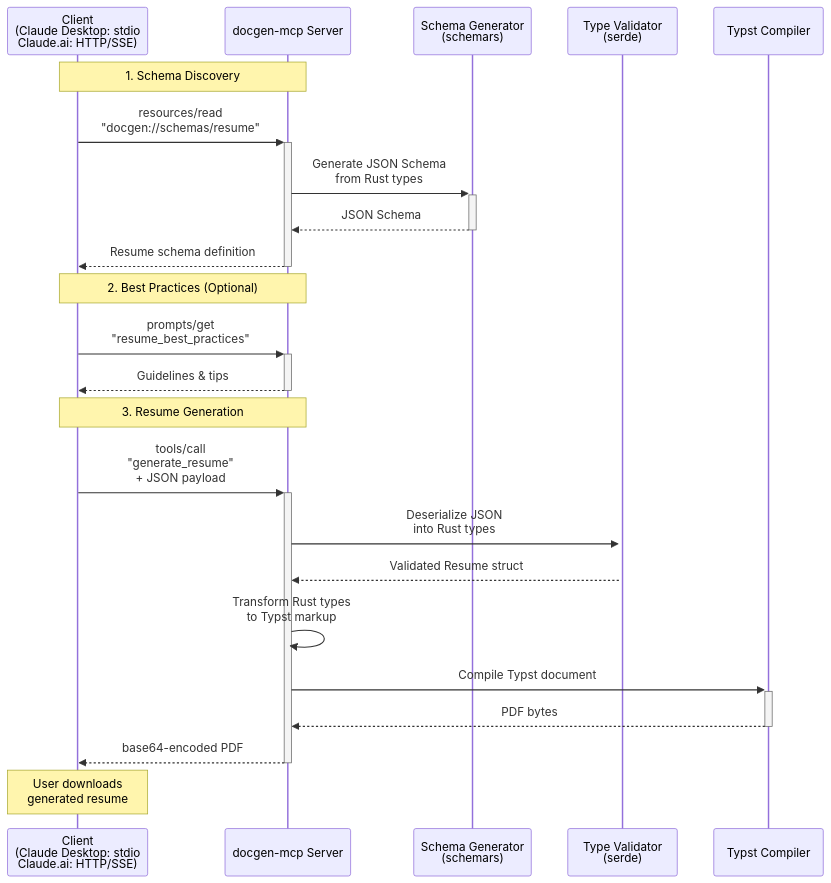
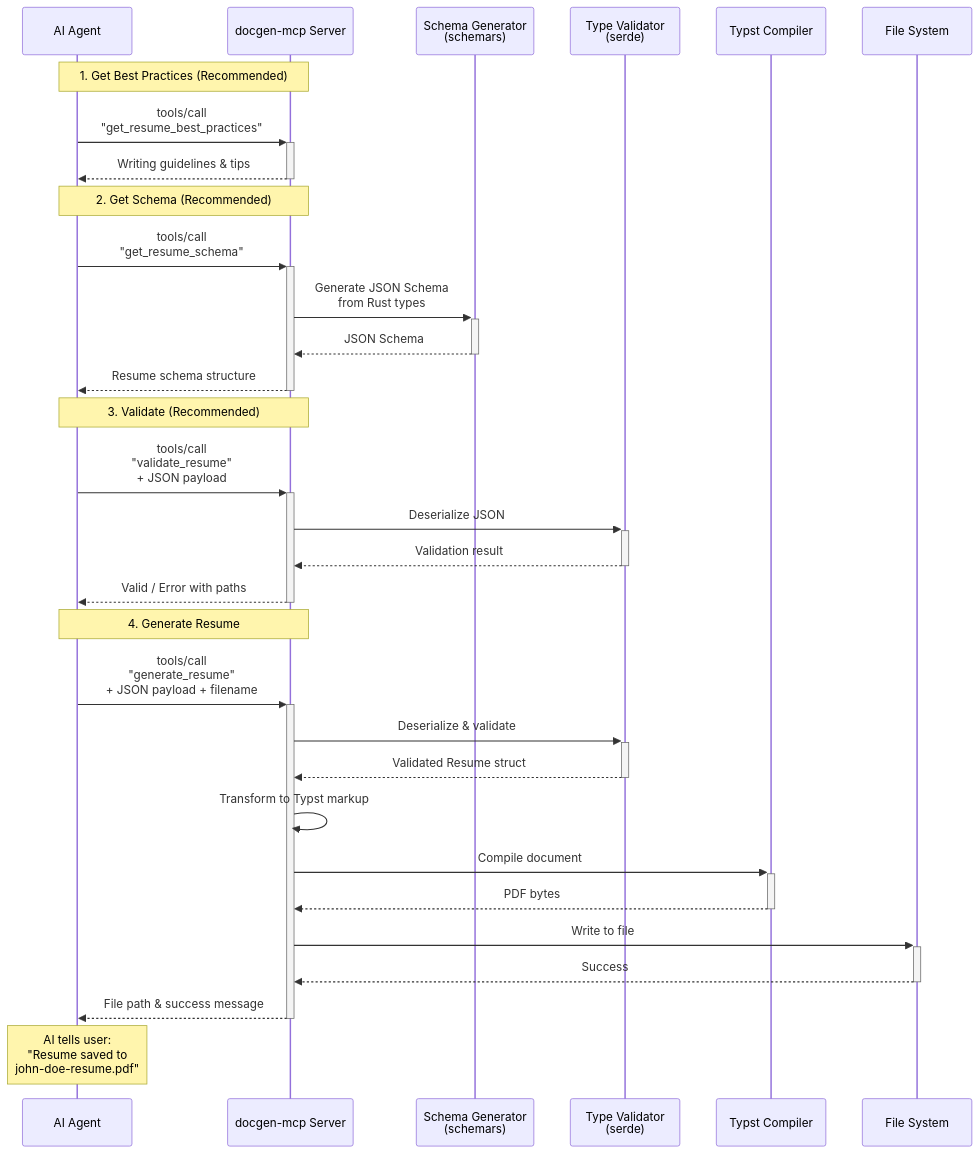
Before and after one commit to NivekNey/docgen-mcp: the diagram in README.md, drawn with Mermaid. The commit also changed other lines of this file and 3 other files, not shown here.

````diff
--- a/README.md
+++ b/README.md
@@ -13,29 +13,38 @@
 ```mermaid
 sequenceDiagram
-    participant Client as Client<br/>(Claude Desktop: stdio<br/>Claude.ai: HTTP/SSE)
+    participant Client as AI Agent
     participant Server as docgen-mcp Server
     participant Schema as Schema Generator<br/>(schemars)
     participant Validator as Type Validator<br/>(serde)
     participant Typst as Typst Compiler
+    participant FS as File System
 
-    Note over Client,Server: 1. Schema Discovery
-    Client->>+Server: resources/read<br/>"docgen://schemas/resume"
+    Note over Client,Server: 1. Get Best Practices (Recommended)
+    Client->>+Server: tools/call<br/>"get_resume_best_practices"
+    Server-->>-Client: Writing guidelines & tips
+
+    Note over Client,Server: 2. Get Schema (Recommended)
+    Client->>+Server: tools/call<br/>"get_resume_schema"
     Server->>+Schema: Generate JSON Schema<br/>from Rust types
     Schema-->>-Server: JSON Schema
-    Server-->>-Client: Resume schema definition
+    Server-->>-Client: Resume schema structure
 
-    Note over Client,Server: 2. Best Practices (Optional)
-    Client->>+Server: prompts/get<br/>"resume_best_practices"
-    Server-->>-Client: Guidelines & tips
+    Note over Client,Server: 3. Validate (Recommended)
+    Client->>+Server: tools/call<br/>"validate_resume"<br/>+ JSON payload
+    Server->>+Validator: Deserialize JSON
+    Validator-->>-Server: Validation result
+    Server-->>-Client: Valid / Error with paths
 
-    Note over Client,Server: 3. Resume Generation
-    Client->>+Server: tools/call<br/>"generate_resume"<br/>+ JSON payload
-    Server->>+Validator: Deserialize JSON<br/>into Rust types
-    Validator-->>Server: Validated Resume struct
-    Server->>Server: Transform Rust types<br/>to Typst markup
-    Server->>+Typst: Compile Typst document
+    Note over Client,Server: 4. Generate Resume
+    Client->>+Server: tools/call<br/>"generate_resume"<br/>+ JSON payload + filename
+    Server->>+Validator: Deserialize & validate
+    Validator-->>-Server: Validated Resume struct
+    Server->>Server: Transform to Typst markup
+    Server->>+Typst: Compile document
     Typst-->>-Server: PDF bytes
-    Server-->>-Client: base64-encoded PDF
+    Server->>+FS: Write to file
+    FS-->>-Server: Success
+    Server-->>-Client: File path & success message
 
-    Note over Client: User downloads<br/>generated resume
+    Note over Client: AI tells user:<br/>"Resume saved to<br/>john-doe-resume.pdf"
 ```
````
